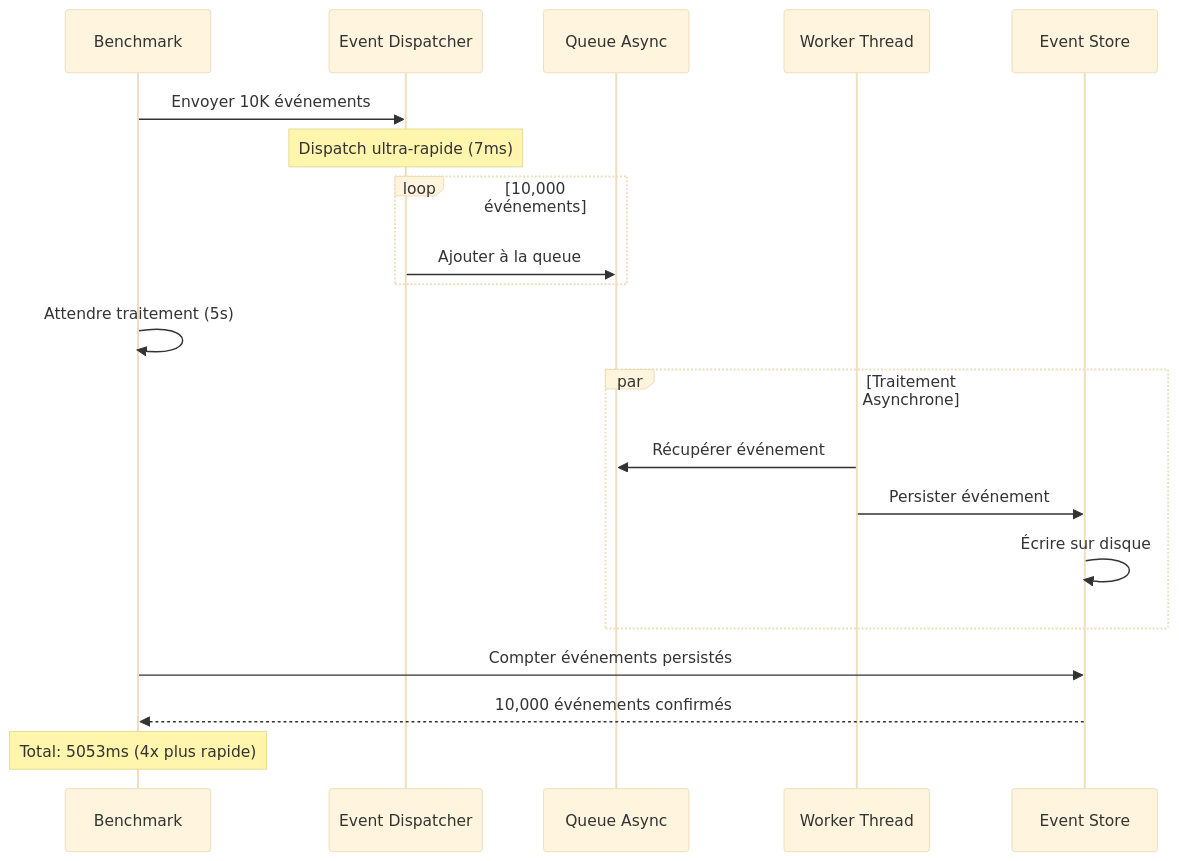
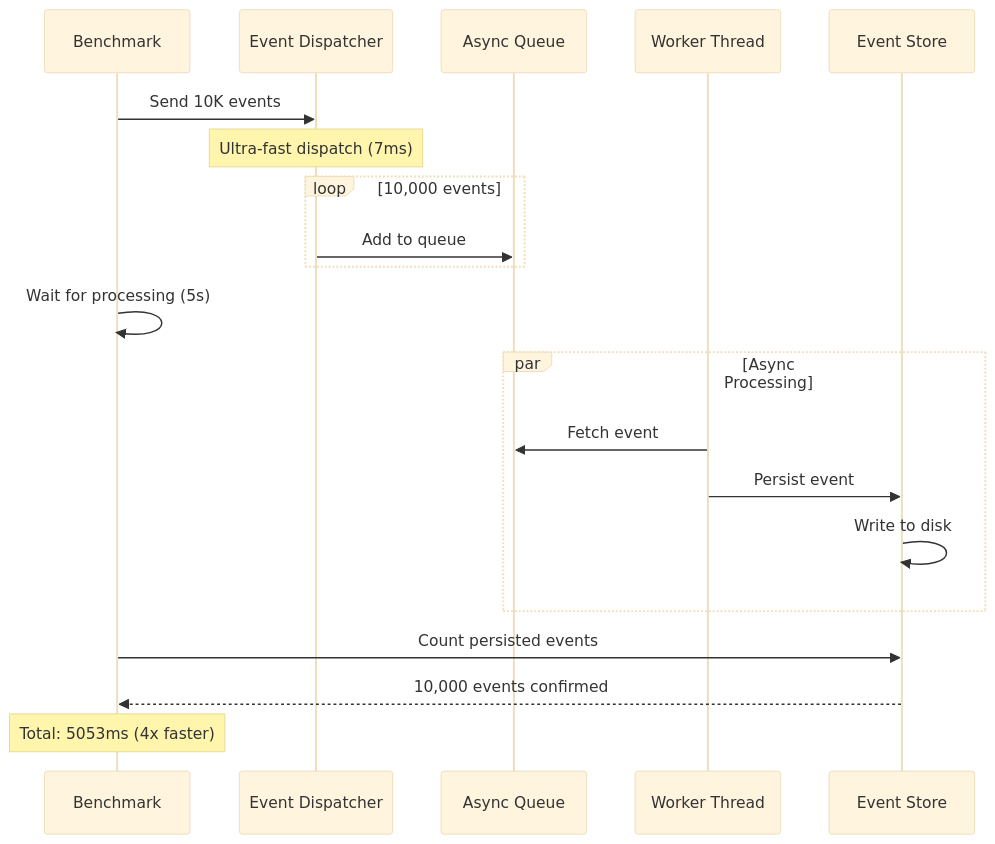
Before and after one commit to lithair/lithair: the tenth of 15 diagrams in docs/architecture/system-design.md, drawn with Mermaid (base theme). The commit also changed other lines of this file and 84 other files, not shown here.

````diff
--- a/docs/architecture/system-design.md
+++ b/docs/architecture/system-design.md
@@ -323,28 +323,28 @@
 ```mermaid
 sequenceDiagram
     participant Bench as Benchmark
     participant Dispatch as Event Dispatcher
-    participant Queue as Queue Async
+    participant Queue as Async Queue
     participant Worker as Worker Thread
     participant Store as Event Store
 
-    Bench->>Dispatch: Envoyer 10K événements
-    Note over Dispatch: Dispatch ultra-rapide (7ms)
+    Bench->>Dispatch: Send 10K events
+    Note over Dispatch: Ultra-fast dispatch (7ms)
 
-    loop 10,000 événements
-        Dispatch->>Queue: Ajouter à la queue
+    loop 10,000 events
+        Dispatch->>Queue: Add to queue
     end
 
-    Bench->>Bench: Attendre traitement (5s)
+    Bench->>Bench: Wait for processing (5s)
 
-    par Traitement Asynchrone
-        Worker->>Queue: Récupérer événement
-        Worker->>Store: Persister événement
-        Store->>Store: Écrire sur disque
+    par Async Processing
+        Worker->>Queue: Fetch event
+        Worker->>Store: Persist event
+        Store->>Store: Write to disk
     end
 
-    Bench->>Store: Compter événements persistés
-    Store-->>Bench: 10,000 événements confirmés
+    Bench->>Store: Count persisted events
+    Store-->>Bench: 10,000 events confirmed
 
-    Note over Bench: Total: 5053ms (4x plus rapide)
+    Note over Bench: Total: 5053ms (4x faster)
 ```
````
